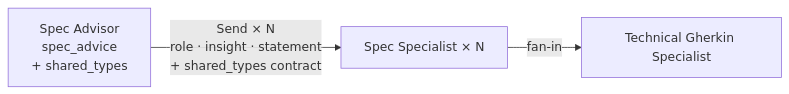
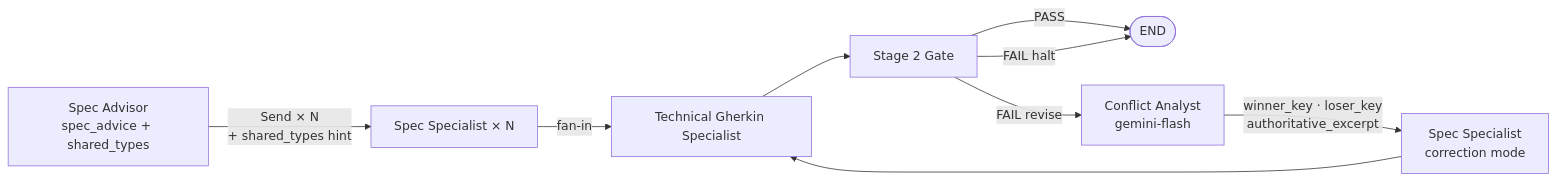
The third of 3 diagrams in docs/architecture_req005_changes.md (nitincp/norma), drawn with Mermaid before and after one commit. The commit also changed other lines of this file and 30 other files, not shown here.

First line of the commit message:
feat(req-005): T3–T5 spec quality — self-anchoring, conflict correction loop

````diff
--- a/docs/architecture_req005_changes.md
+++ b/docs/architecture_req005_changes.md
@@ -40,5 +47,11 @@
 ```mermaid
 flowchart LR
-    SA[Spec Advisor\nspec_advice\n+ shared_types] -->|Send × N\nrole · insight · statement\n+ shared_types contract| SS[Spec Specialist × N]
+    SA[Spec Advisor\nspec_advice + shared_types] -->|Send × N\n+ shared_types hint| SS[Spec Specialist × N]
     SS -->|fan-in| TGS[Technical Gherkin Specialist]
+    TGS --> G2[Stage 2 Gate]
+    G2 -->|PASS| END([END])
+    G2 -->|FAIL revise| CA[Conflict Analyst\ngemini-flash]
+    CA -->|winner_key · loser_key\nauthoritative_excerpt| SS2[Spec Specialist\ncorrection mode]
+    SS2 --> TGS
+    G2 -->|FAIL halt| END
 ```
````
